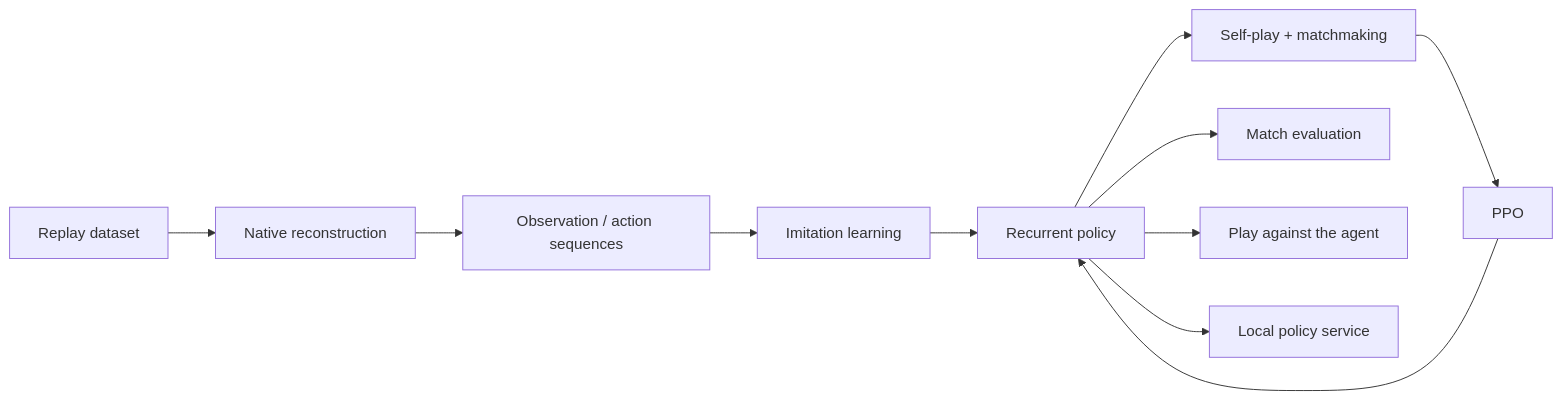
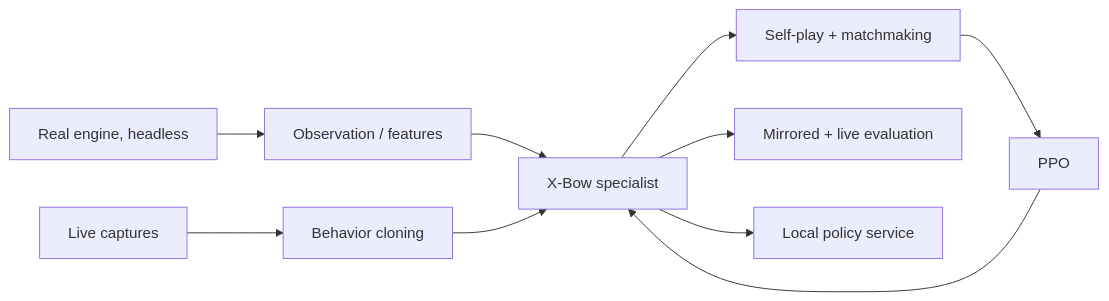
The diagram in README.md (rajerthat1/ClashMaster), drawn with Mermaid before and after one commit. The commit also changed other lines of this file and 16 other files, not shown here.

Commit message:
docs: refocus roadmap on native 16.635 engine and X-Bow specialist

````diff
--- a/README.md
+++ b/README.md
@@ -87,13 +94,12 @@
 ```mermaid
 flowchart LR
-    R[Replay dataset] --> C[Native reconstruction]
-    C --> D[Observation / action sequences]
-    D --> IL[Imitation learning]
-    IL --> P[Recurrent policy]
+    E[Real engine, headless] --> O[Observation / features]
+    L[Live captures] --> BC[Behavior cloning]
+    O --> P[X-Bow specialist]
+    BC --> P
     P --> S[Self-play + matchmaking]
     S --> PPO[PPO]
     PPO --> P
-    P --> E[Match evaluation]
-    P --> H[Play against the agent]
+    P --> EV[Mirrored + live evaluation]
     P --> API[Local policy service]
 ```
````
